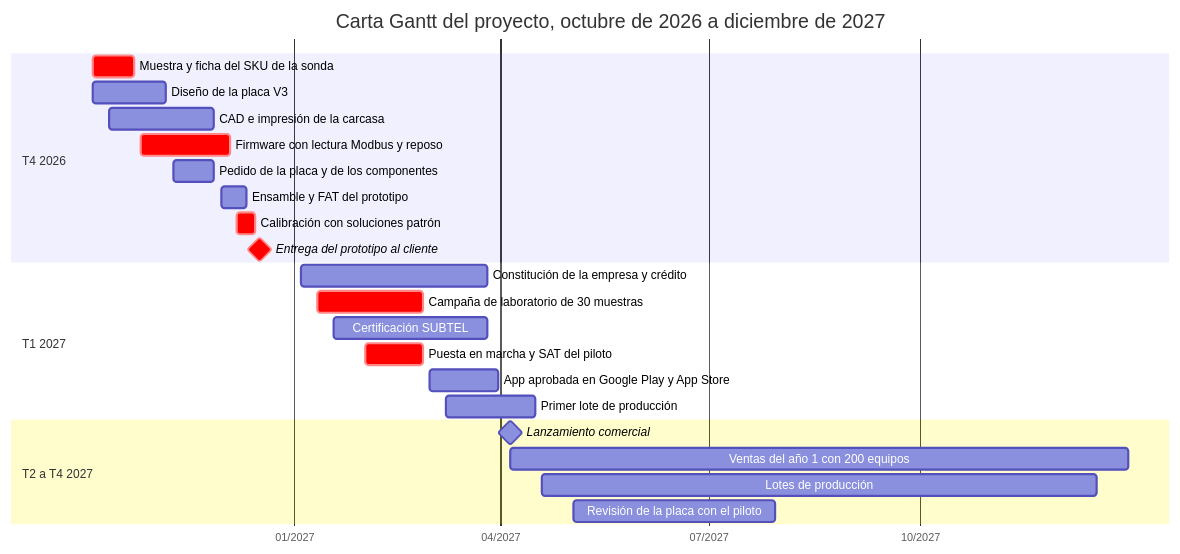
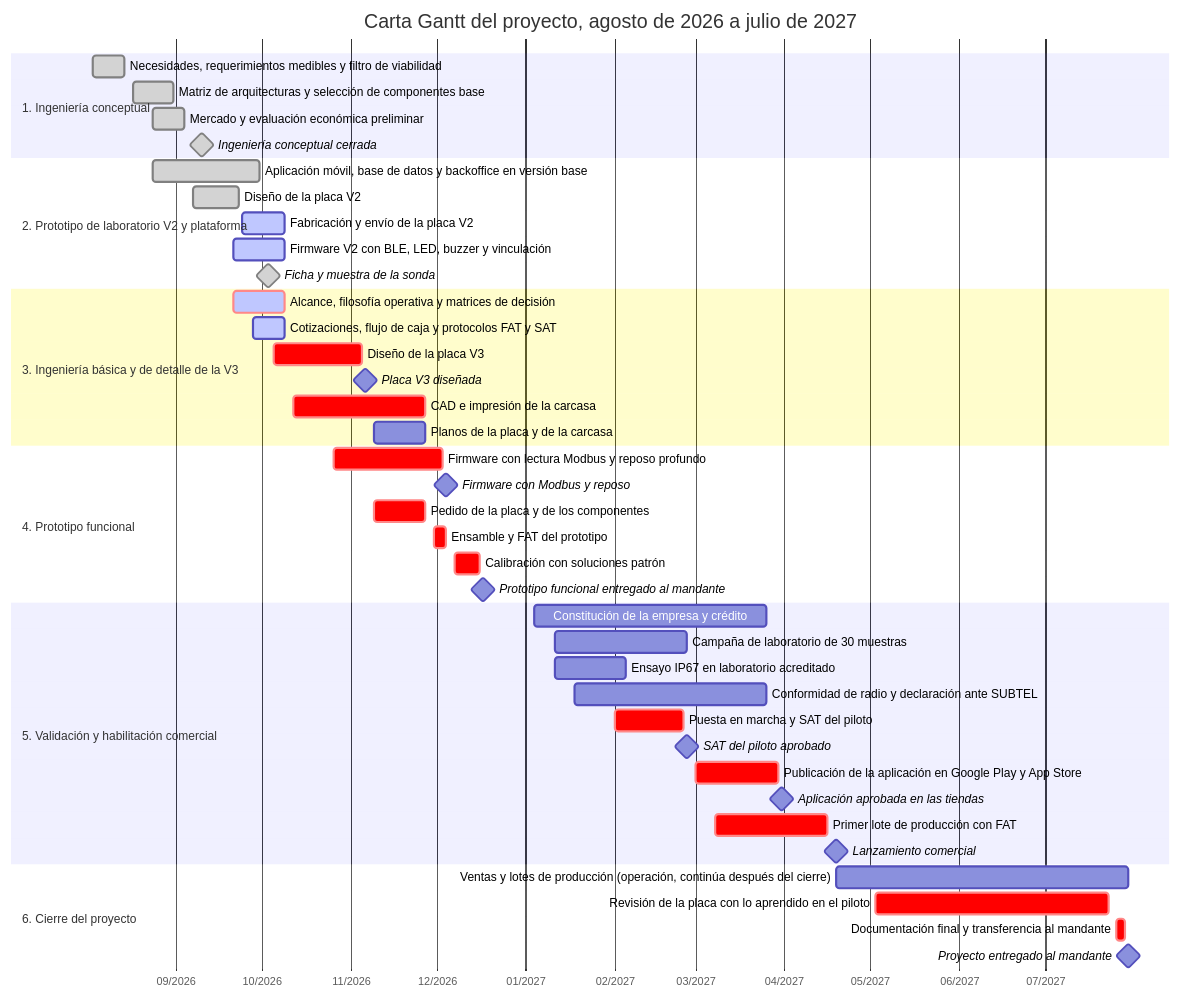
The ninth of 9 diagrams in Evaluacion/Evaluacion 2/INFORME CORREGIDO.md (Alvarinhoooo7/TerraSence), drawn with Mermaid before and after one commit. The commit also changed other lines of this file and 14 other files, not shown here.

First line of the commit message:
docs(evaluacion-2): informe alineado con los anexos y carta Gantt como anexo F

````diff
--- a/Evaluacion/Evaluacion 2/INFORME CORREGIDO.md
+++ b/Evaluacion/Evaluacion 2/INFORME CORREGIDO.md
@@ -1797,28 +1831,48 @@
 ```mermaid
 gantt
-    title Carta Gantt del proyecto, octubre de 2026 a diciembre de 2027
+    title Carta Gantt del proyecto, agosto de 2026 a julio de 2027
     dateFormat YYYY-MM-DD
     axisFormat %m/%Y
-    tickInterval 3month
-    section T4 2026
-    Muestra y ficha del SKU de la sonda      :crit, a1, 2026-10-05, 2026-10-23
-    Diseño de la placa V3                    :a2, 2026-10-05, 2026-11-06
-    CAD e impresión de la carcasa            :a3, 2026-10-12, 2026-11-27
-    Firmware con lectura Modbus y reposo     :crit, a4, 2026-10-26, 2026-12-04
-    Pedido de la placa y de los componentes  :a5, 2026-11-09, 2026-11-27
-    Ensamble y FAT del prototipo             :a6, 2026-11-30, 2026-12-11
-    Calibración con soluciones patrón        :crit, a7, 2026-12-07, 2026-12-15
-    Entrega del prototipo al cliente         :milestone, crit, m1, 2026-12-17, 0d
-    section T1 2027
-    Constitución de la empresa y crédito     :b1, 2027-01-04, 2027-03-26
-    Campaña de laboratorio de 30 muestras    :crit, b2, 2027-01-11, 2027-02-26
-    Certificación SUBTEL                     :b3, 2027-01-18, 2027-03-26
-    Puesta en marcha y SAT del piloto        :crit, b4, 2027-02-01, 2027-02-26
-    App aprobada en Google Play y App Store  :b5, 2027-03-01, 2027-03-31
-    Primer lote de producción                :b6, 2027-03-08, 2027-04-16
-    section T2 a T4 2027
-    Lanzamiento comercial                    :milestone, c1, 2027-04-05, 0d
-    Ventas del año 1 con 200 equipos         :c2, 2027-04-05, 2027-12-31
-    Lotes de producción                      :c3, 2027-04-19, 2027-12-17
-    Revisión de la placa con el piloto       :c4, 2027-05-03, 2027-07-30
+    tickInterval 1month
+    section 1. Ingeniería conceptual
+    Necesidades, requerimientos medibles y filtro de viabilidad :done, t1_1, 2026-08-03, 2026-08-14
+    Matriz de arquitecturas y selección de componentes base    :done, t1_2, 2026-08-17, 2026-08-31
+    Mercado y evaluación económica preliminar                  :done, t1_3, 2026-08-24, 2026-09-04
+    Ingeniería conceptual cerrada                              :milestone, done, t1_4, 2026-09-10, 0d
+    section 2. Prototipo de laboratorio V2 y plataforma
+    Aplicación móvil, base de datos y backoffice en versión base :done, t2_1, 2026-08-24, 2026-09-30
+    Diseño de la placa V2                                      :done, t2_2, 2026-09-07, 2026-09-23
+    Fabricación y envío de la placa V2                         :active, t2_3, 2026-09-24, 2026-10-09
+    Firmware V2 con BLE, LED, buzzer y vinculación             :active, t2_4, 2026-09-21, 2026-10-09
+    Ficha y muestra de la sonda                                :milestone, done, t2_5, 2026-10-03, 0d
+    section 3. Ingeniería básica y de detalle de la V3
+    Alcance, filosofía operativa y matrices de decisión        :active, crit, t3_1, 2026-09-21, 2026-10-09
+    Cotizaciones, flujo de caja y protocolos FAT y SAT         :active, t3_2, 2026-09-28, 2026-10-09
+    Diseño de la placa V3                                      :crit, t3_3, 2026-10-05, 2026-11-05
+    Placa V3 diseñada                                          :milestone, t3_4, 2026-11-06, 0d
+    CAD e impresión de la carcasa                              :crit, t3_5, 2026-10-12, 2026-11-27
+    Planos de la placa y de la carcasa                         :t3_6, 2026-11-09, 2026-11-27
+    section 4. Prototipo funcional
+    Firmware con lectura Modbus y reposo profundo              :crit, t4_1, 2026-10-26, 2026-12-03
+    Firmware con Modbus y reposo                               :milestone, t4_2, 2026-12-04, 0d
+    Pedido de la placa y de los componentes                    :crit, t4_3, 2026-11-09, 2026-11-27
+    Ensamble y FAT del prototipo                               :crit, t4_4, 2026-11-30, 2026-12-04
+    Calibración con soluciones patrón                          :crit, t4_5, 2026-12-07, 2026-12-16
+    Prototipo funcional entregado al mandante                  :milestone, t4_6, 2026-12-17, 0d
+    section 5. Validación y habilitación comercial
+    Constitución de la empresa y crédito                       :t5_1, 2027-01-04, 2027-03-26
+    Campaña de laboratorio de 30 muestras                      :t5_2, 2027-01-11, 2027-02-26
+    Ensayo IP67 en laboratorio acreditado                      :t5_3, 2027-01-11, 2027-02-05
+    Conformidad de radio y declaración ante SUBTEL             :t5_4, 2027-01-18, 2027-03-26
+    Puesta en marcha y SAT del piloto                          :crit, t5_5, 2027-02-01, 2027-02-25
+    SAT del piloto aprobado                                    :milestone, t5_6, 2027-02-26, 0d
+    Publicación de la aplicación en Google Play y App Store    :crit, t5_7, 2027-03-01, 2027-03-30
+    Aplicación aprobada en las tiendas                         :milestone, t5_8, 2027-03-31, 0d
+    Primer lote de producción con FAT                          :crit, t5_9, 2027-03-08, 2027-04-16
+    Lanzamiento comercial                                      :milestone, t5_10, 2027-04-19, 0d
+    section 6. Cierre del proyecto
+    Ventas y lotes de producción (operación, continúa después del cierre) :t6_1, 2027-04-19, 2027-07-30
+    Revisión de la placa con lo aprendido en el piloto         :crit, t6_2, 2027-05-03, 2027-07-23
+    Documentación final y transferencia al mandante            :crit, t6_3, 2027-07-26, 2027-07-29
+    Proyecto entregado al mandante                             :milestone, t6_4, 2027-07-30, 0d
 ```
````
